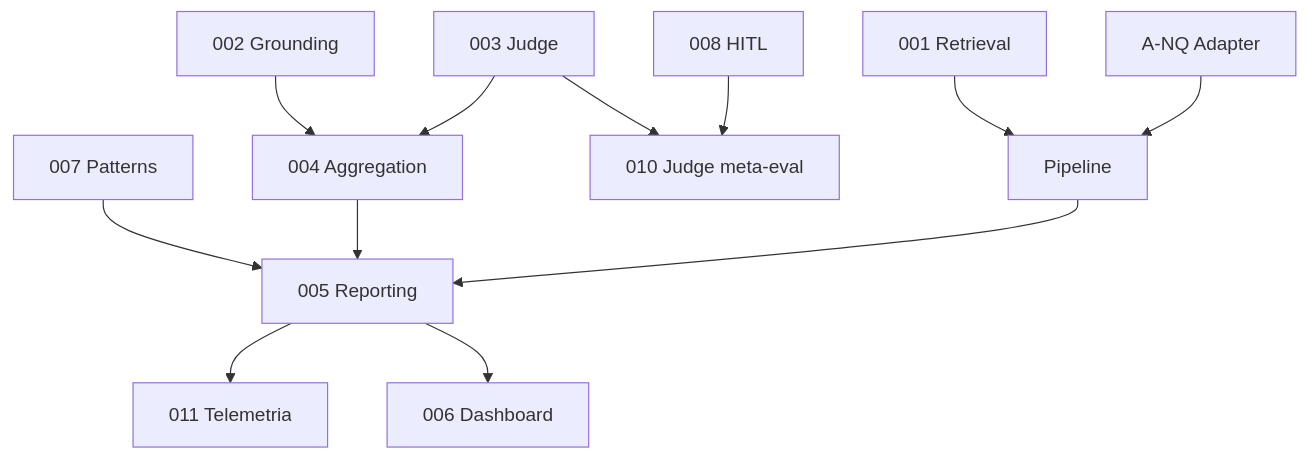
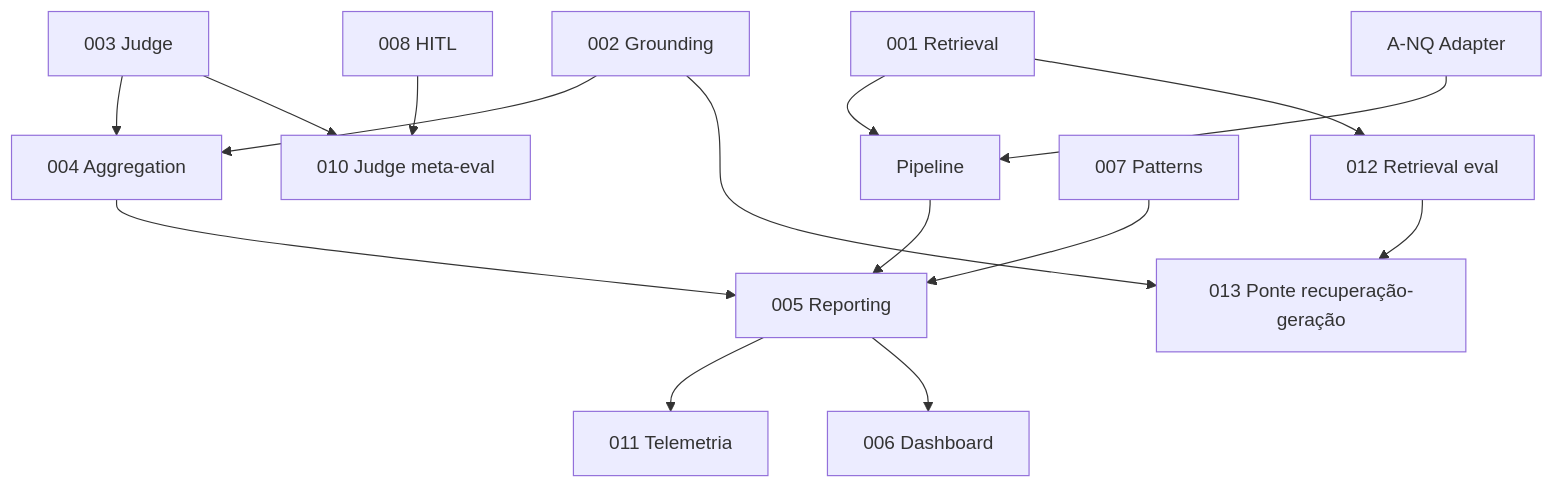
One commit to karysoares/rag-eval-harness changed the diagram in docs/specs/README.md. Above: the diagram before and after it, drawn with Mermaid. The commit also changed other lines of this file and 38 other files, not shown here.

````diff
--- a/docs/specs/README.md
+++ b/docs/specs/README.md
@@ -41,14 +43,17 @@
 ```mermaid
 flowchart TB
   A001[001 Retrieval] --> Pipeline
   A002[002 Grounding] --> A004[004 Aggregation]
   A003[003 Judge] --> A004
   A003 --> A010[010 Judge meta-eval]
   A008[008 HITL] --> A010
   A005 --> A011[011 Telemetria]
+  A001 --> A012[012 Retrieval eval]
+  A012 --> A013[013 Ponte recuperação-geração]
+  A002 --> A013
   A007[007 Patterns] --> A005[005 Reporting]
   A005 --> A006[006 Dashboard]
   A004 --> A005
   ANQ[A-NQ Adapter] --> Pipeline
   Pipeline --> A005
 ```
````
